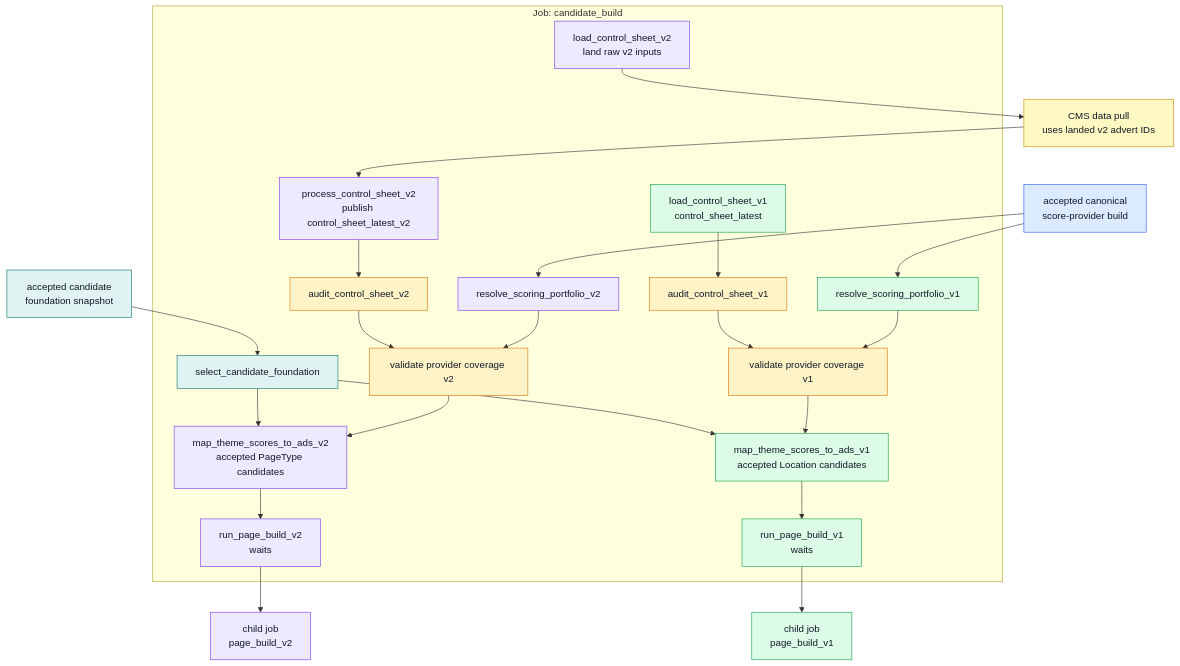
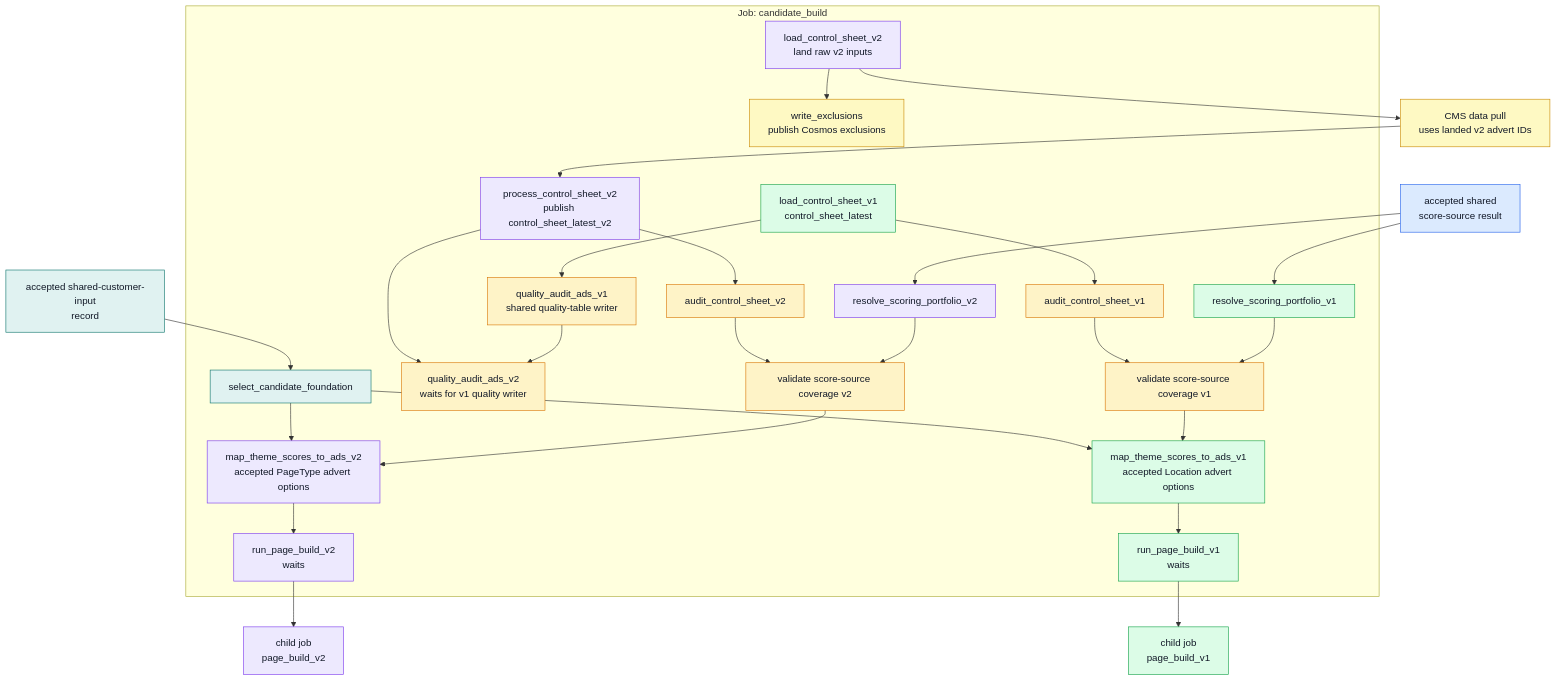
The third of 8 diagrams in docs/CICD/nextads_databricks_runtime_map.md (swblain-glyndwr/personal_project), drawn with Mermaid before and after one commit. The commit also changed other lines of this file and 23 other files, not shown here.

Commit message:
Document the complete NextAds operational flow

````diff
--- a/docs/CICD/nextads_databricks_runtime_map.md
+++ b/docs/CICD/nextads_databricks_runtime_map.md
@@ -233,48 +244,55 @@
 ```mermaid
 flowchart TD
   classDef sharedModel fill:#dbeafe,stroke:#2563eb,color:#111827
   classDef sharedTask fill:#e0f2f1,stroke:#0f766e,color:#111827
   classDef v1 fill:#dcfce7,stroke:#16a34a,color:#111827
   classDef v2 fill:#ede9fe,stroke:#7c3aed,color:#111827
   classDef guardrail fill:#fef3c7,stroke:#d97706,color:#111827
   classDef external fill:#fef9c3,stroke:#ca8a04,color:#111827
 
-  provider_build["accepted canonical<br/>score-provider build"]:::sharedModel
-  foundation_build["accepted candidate<br/>foundation snapshot"]:::sharedTask
+  provider_build["accepted shared<br/>score-source result"]:::sharedModel
+  foundation_build["accepted shared-customer-input<br/>record"]:::sharedTask
   cms_pull["CMS data pull<br/>uses landed v2 advert IDs"]:::external
 
   subgraph CANDIDATE_JOB["Job: candidate_build"]
     select_candidate_foundation["select_candidate_foundation"]:::sharedTask
     load_control_sheet_v1["load_control_sheet_v1<br/>control_sheet_latest"]:::v1
     audit_control_sheet_v1["audit_control_sheet_v1"]:::guardrail
+    quality_audit_ads_v1["quality_audit_ads_v1<br/>shared quality-table writer"]:::guardrail
     load_control_sheet_v2["load_control_sheet_v2<br/>land raw v2 inputs"]:::v2
+    write_exclusions["write_exclusions<br/>publish Cosmos exclusions"]:::external
     process_control_sheet_v2["process_control_sheet_v2<br/>publish control_sheet_latest_v2"]:::v2
     audit_control_sheet_v2["audit_control_sheet_v2"]:::guardrail
+    quality_audit_ads_v2["quality_audit_ads_v2<br/>waits for v1 quality writer"]:::guardrail
     select_provider_v1["resolve_scoring_portfolio_v1"]:::v1
     select_provider_v2["resolve_scoring_portfolio_v2"]:::v2
-    validate_provider_coverage_v1["validate provider coverage v1"]:::guardrail
-    validate_provider_coverage_v2["validate provider coverage v2"]:::guardrail
-    map_theme_scores_to_ads_v1["map_theme_scores_to_ads_v1<br/>accepted Location candidates"]:::v1
-    map_theme_scores_to_ads_v2["map_theme_scores_to_ads_v2<br/>accepted PageType candidates"]:::v2
+    validate_provider_coverage_v1["validate score-source coverage v1"]:::guardrail
+    validate_provider_coverage_v2["validate score-source coverage v2"]:::guardrail
+    map_theme_scores_to_ads_v1["map_theme_scores_to_ads_v1<br/>accepted Location advert options"]:::v1
+    map_theme_scores_to_ads_v2["map_theme_scores_to_ads_v2<br/>accepted PageType advert options"]:::v2
     run_page_build_v1["run_page_build_v1<br/>waits"]:::v1
     run_page_build_v2["run_page_build_v2<br/>waits"]:::v2
   end
 
   foundation_build --> select_candidate_foundation
   load_control_sheet_v1 --> audit_control_sheet_v1
+  load_control_sheet_v1 --> quality_audit_ads_v1
+  load_control_sheet_v2 --> write_exclusions
   load_control_sheet_v2 --> cms_pull --> process_control_sheet_v2 --> audit_control_sheet_v2
+  process_control_sheet_v2 --> quality_audit_ads_v2
+  quality_audit_ads_v1 --> quality_audit_ads_v2
   provider_build --> select_provider_v1
   provider_build --> select_provider_v2
   audit_control_sheet_v1 --> validate_provider_coverage_v1
   select_provider_v1 --> validate_provider_coverage_v1
   audit_control_sheet_v2 --> validate_provider_coverage_v2
   select_provider_v2 --> validate_provider_coverage_v2
   select_candidate_foundation --> map_theme_scores_to_ads_v1
   select_candidate_foundation --> map_theme_scores_to_ads_v2
   validate_provider_coverage_v1 --> map_theme_scores_to_ads_v1
   validate_provider_coverage_v2 --> map_theme_scores_to_ads_v2
   map_theme_scores_to_ads_v1 --> run_page_build_v1
   map_theme_scores_to_ads_v2 --> run_page_build_v2
   run_page_build_v1 --> page_build["child job<br/>page_build_v1"]:::v1
   run_page_build_v2 --> page_build_v2["child job<br/>page_build_v2"]:::v2
 ```
````
